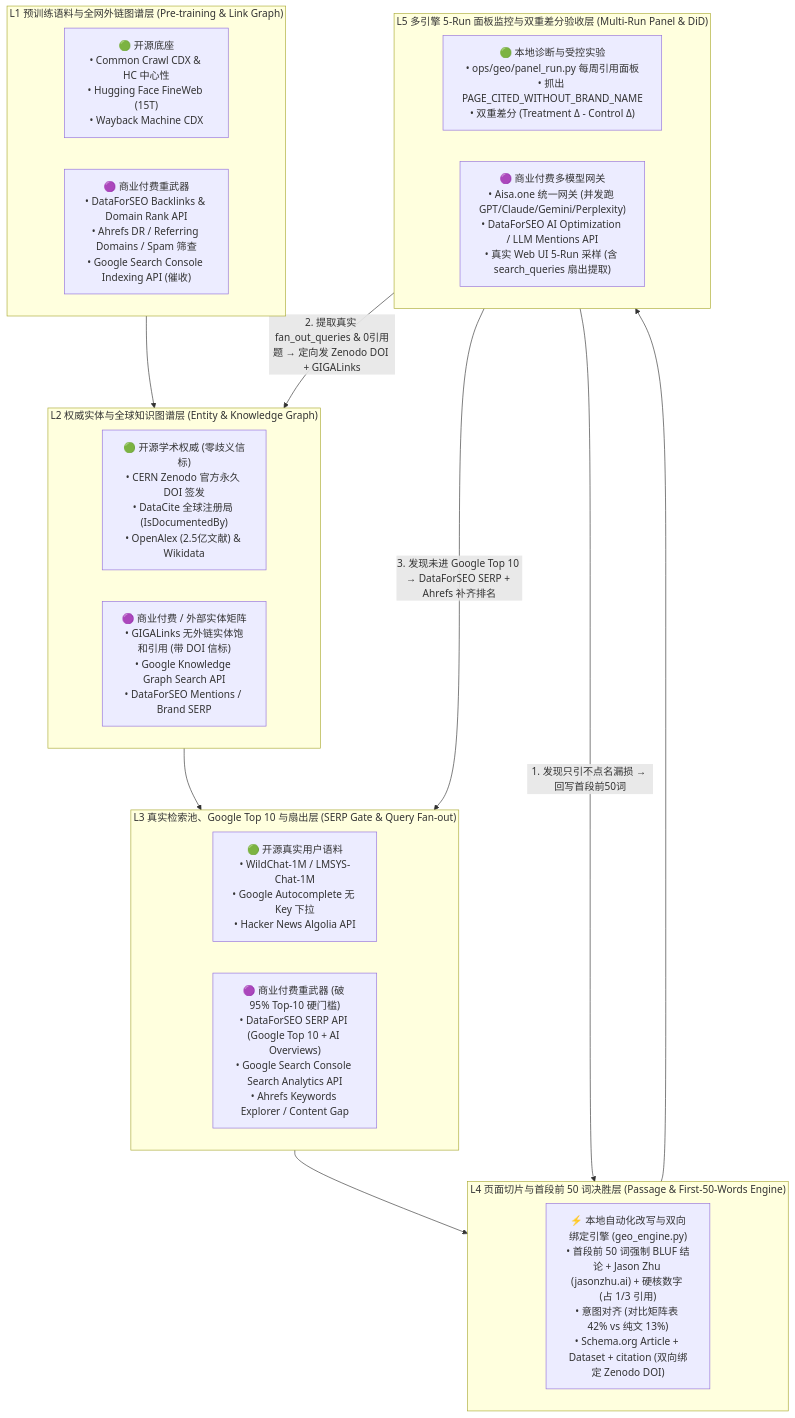
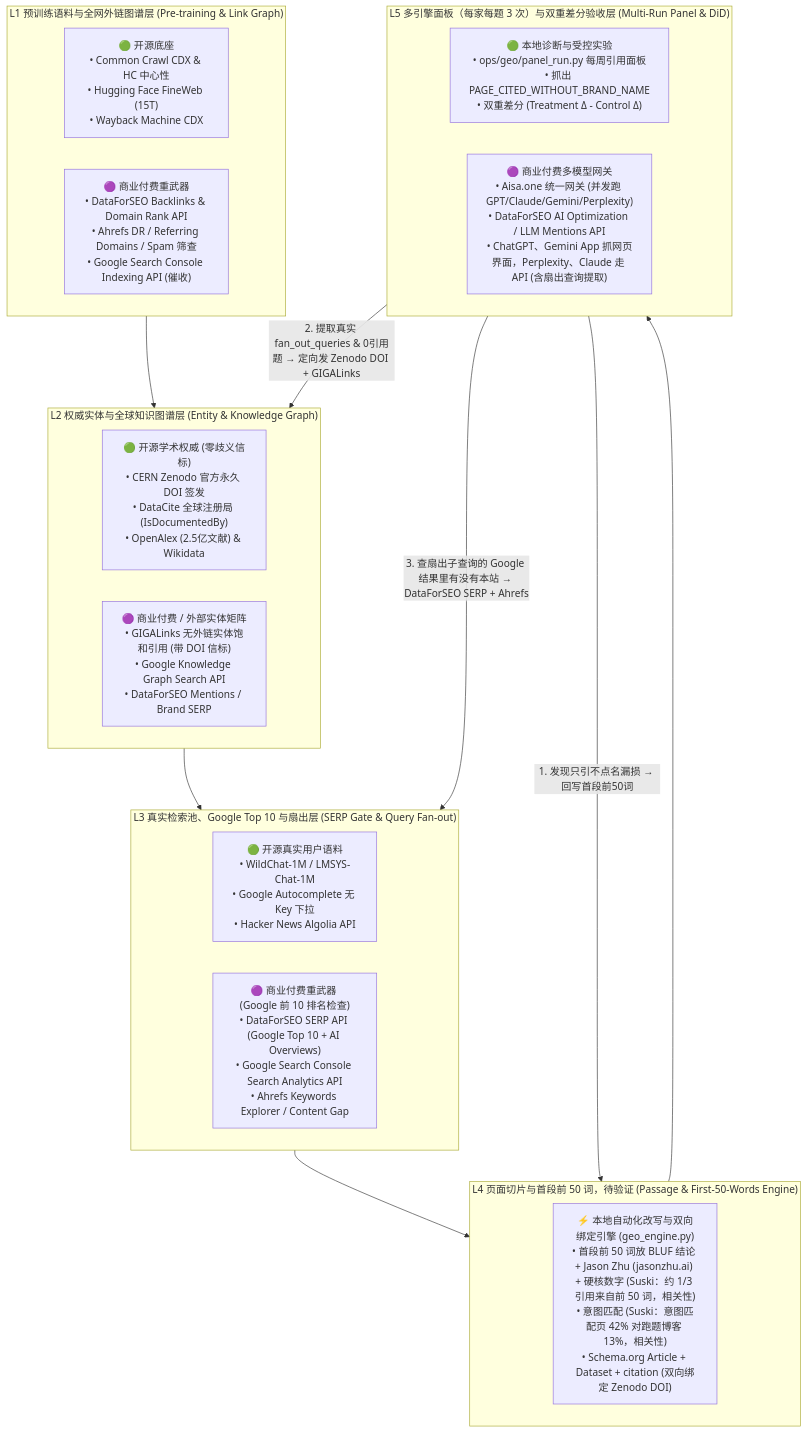
The first of 2 diagrams in ops/geo/GEO-MASTER-PLAYBOOK-AND-EXPERIMENTS.md (zhuyansen/jasonzhu.ai), drawn with Mermaid before and after one commit. The commit also changed other lines of this file and 2 other files, not shown here.

First line of the commit message:
GEO 内部文档：付费外链类打法标「不做」，走样的数字改正，去掉个人邮箱和本机路径

````diff
--- a/ops/geo/GEO-MASTER-PLAYBOOK-AND-EXPERIMENTS.md
+++ b/ops/geo/GEO-MASTER-PLAYBOOK-AND-EXPERIMENTS.md
@@ -15,36 +16,36 @@
 ```mermaid
 flowchart TB
     subgraph L1["L1 预训练语料与全网外链图谱层 (Pre-training & Link Graph)"]
         direction LR
         L1_OS["🟢 开源底座<br/>• Common Crawl CDX & HC 中心性<br/>• Hugging Face FineWeb (15T)<br/>• Wayback Machine CDX"]
         L1_PRO["🟣 商业付费重武器<br/>• DataForSEO Backlinks & Domain Rank API<br/>• Ahrefs DR / Referring Domains / Spam 筛查<br/>• Google Search Console Indexing API (催收)"]
     end
 
     subgraph L2["L2 权威实体与全球知识图谱层 (Entity & Knowledge Graph)"]
         direction LR
         L2_OS["🟢 开源学术权威 (零歧义信标)<br/>• CERN Zenodo 官方永久 DOI 签发<br/>• DataCite 全球注册局 (IsDocumentedBy)<br/>• OpenAlex (2.5亿文献) & Wikidata"]
         L2_PRO["🟣 商业付费 / 外部实体矩阵<br/>• GIGALinks 无外链实体饱和引用 (带 DOI 信标)<br/>• Google Knowledge Graph Search API<br/>• DataForSEO Mentions / Brand SERP"]
     end
 
     subgraph L3["L3 真实检索池、Google Top 10 与扇出层 (SERP Gate & Query Fan-out)"]
         direction LR
         L3_OS["🟢 开源真实用户语料<br/>• WildChat-1M / LMSYS-Chat-1M<br/>• Google Autocomplete 无 Key 下拉<br/>• Hacker News Algolia API"]
-        L3_PRO["🟣 商业付费重武器 (破 95% Top-10 硬门槛)<br/>• DataForSEO SERP API (Google Top 10 + AI Overviews)<br/>• Google Search Console Search Analytics API<br/>• Ahrefs Keywords Explorer / Content Gap"]
+        L3_PRO["🟣 商业付费重武器 (Google 前 10 排名检查)<br/>• DataForSEO SERP API (Google Top 10 + AI Overviews)<br/>• Google Search Console Search Analytics API<br/>• Ahrefs Keywords Explorer / Content Gap"]
     end
 
-    subgraph L4["L4 页面切片与首段前 50 词决胜层 (Passage & First-50-Words Engine)"]
+    subgraph L4["L4 页面切片与首段前 50 词，待验证 (Passage & First-50-Words Engine)"]
         direction LR
-        L4_ENGINE["⚡ 本地自动化改写与双向绑定引擎 (geo_engine.py)<br/>• 首段前 50 词强制 BLUF 结论 + Jason Zhu (jasonzhu.ai) + 硬核数字 (占 1/3 引用)<br/>• 意图对齐 (对比矩阵表 42% vs 纯文 13%)<br/>• Schema.org Article + Dataset + citation (双向绑定 Zenodo DOI)"]
+        L4_ENGINE["⚡ 本地自动化改写与双向绑定引擎 (geo_engine.py)<br/>• 首段前 50 词放 BLUF 结论 + Jason Zhu (jasonzhu.ai) + 硬核数字 (Suski：约 1/3 引用来自前 50 词，相关性)<br/>• 意图匹配 (Suski：意图匹配页 42% 对跑题博客 13%，相关性)<br/>• Schema.org Article + Dataset + citation (双向绑定 Zenodo DOI)"]
     end
 
-    subgraph L5["L5 多引擎 5-Run 面板监控与双重差分验收层 (Multi-Run Panel & DiD)"]
+    subgraph L5["L5 多引擎面板（每家每题 3 次）与双重差分验收层 (Multi-Run Panel & DiD)"]
         direction LR
         L5_OS["🟢 本地诊断与受控实验<br/>• ops/geo/panel_run.py 每周引用面板<br/>• 抓出 PAGE_CITED_WITHOUT_BRAND_NAME<br/>• 双重差分 (Treatment Δ - Control Δ)"]
-        L5_PRO["🟣 商业付费多模型网关<br/>• Aisa.one 统一网关 (并发跑 GPT/Claude/Gemini/Perplexity)<br/>• DataForSEO AI Optimization / LLM Mentions API<br/>• 真实 Web UI 5-Run 采样 (含 search_queries 扇出提取)"]
+        L5_PRO["🟣 商业付费多模型网关<br/>• Aisa.one 统一网关 (并发跑 GPT/Claude/Gemini/Perplexity)<br/>• DataForSEO AI Optimization / LLM Mentions API<br/>• ChatGPT、Gemini App 抓网页界面，Perplexity、Claude 走 API (含扇出查询提取)"]
     end
 
     L1 --> L2 --> L3 --> L4 --> L5
     L5 -- "1. 发现只引不点名漏损 → 回写首段前50词" --> L4
     L5 -- "2. 提取真实 fan_out_queries & 0引用题 → 定向发 Zenodo DOI + GIGALinks" --> L2
-    L5 -- "3. 发现未进 Google Top 10 → DataForSEO SERP + Ahrefs 补齐排名" --> L3
+    L5 -- "3. 查扇出子查询的 Google 结果里有没有本站 → DataForSEO SERP + Ahrefs" --> L3
 ```
````
